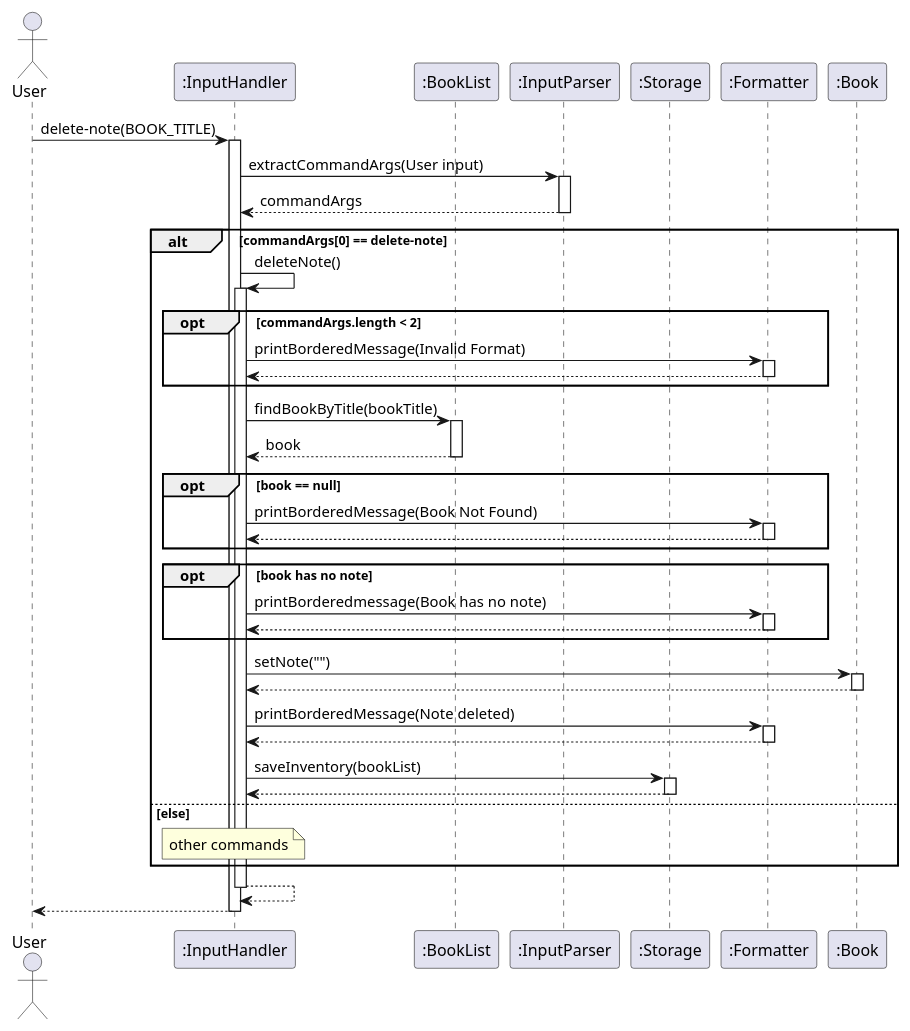
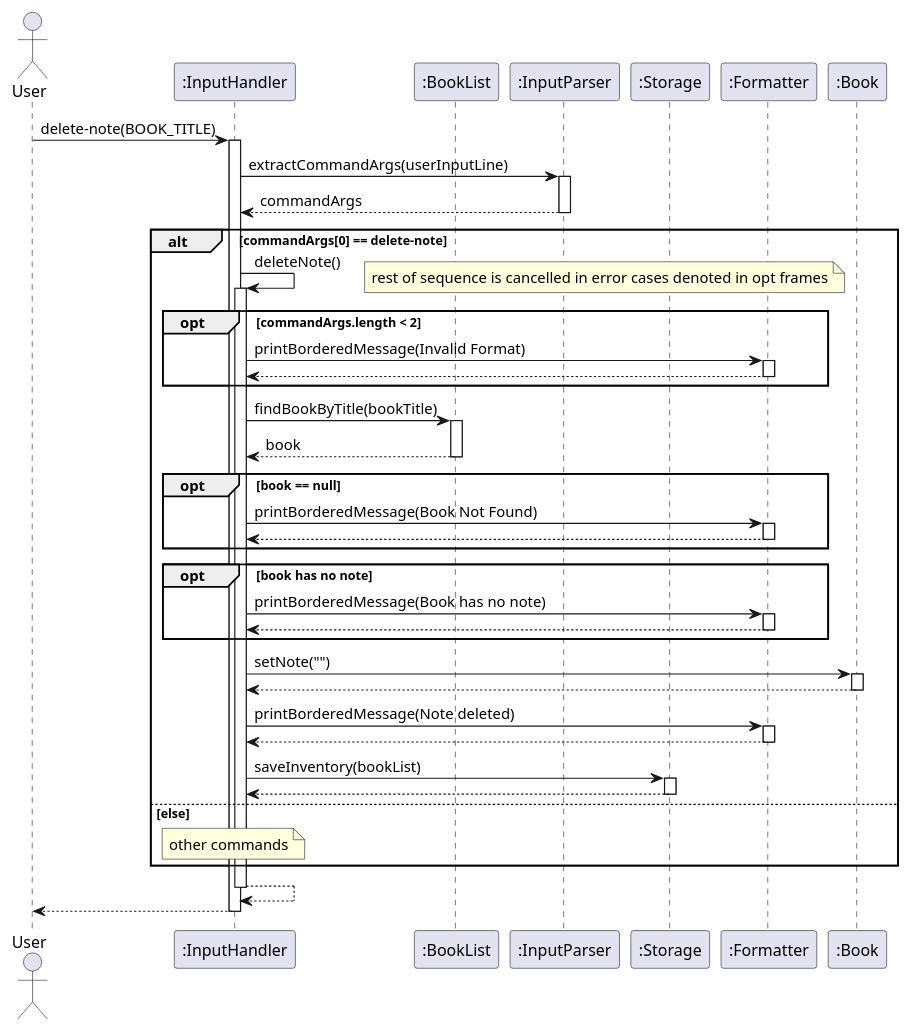
Before and after one commit to AY2425S2-CS2113-T12-2/tp: the diagram in docs/diagrams/deleteNote.puml, drawn with PlantUML. The commit also changed 8 other files, not shown here.

```diff
--- a/docs/diagrams/deleteNote.puml
+++ b/docs/diagrams/deleteNote.puml
@@ -1,52 +1,55 @@
 @startuml
 autoactivate on
 
 actor User
 participant InputHandler as ":InputHandler"
 participant BookList as ":BookList"
 participant InputParser as ":InputParser"
 participant Storage as ":Storage"
 participant Formatter as ":Formatter"
 participant Book as ":Book"
 
 User -> InputHandler : delete-note(BOOK_TITLE)
-InputHandler -> InputParser : extractCommandArgs(User input)
+InputHandler -> InputParser : extractCommandArgs(userInputLine)
 return commandArgs
 
 alt commandArgs[0] == delete-note
     InputHandler -> InputHandler : deleteNote()
-    opt commandArgs.length < 2 
+    opt commandArgs.length < 2
+        note right
+        rest of sequence is cancelled in error cases denoted in opt frames
+        end note
         InputHandler -> Formatter : printBorderedMessage(Invalid Format)
         return
     end
 
     InputHandler -> BookList : findBookByTitle(bookTitle)
     return book
 
     opt book == null 
         InputHandler -> Formatter : printBorderedMessage(Book Not Found)
         return 
     end
 
     opt book has no note
-        InputHandler -> Formatter : printBorderedmessage(Book has no note)
+        InputHandler -> Formatter : printBorderedMessage(Book has no note)
         return
     end
 
     InputHandler -> Book : setNote("")
     return
 
     InputHandler -> Formatter : printBorderedMessage(Note deleted)
     return 
 
     InputHandler -> Storage : saveInventory(bookList)
     return
 
 else else
 note over InputHandler : other commands
 
 end
 
 return
 return
 @enduml
```
